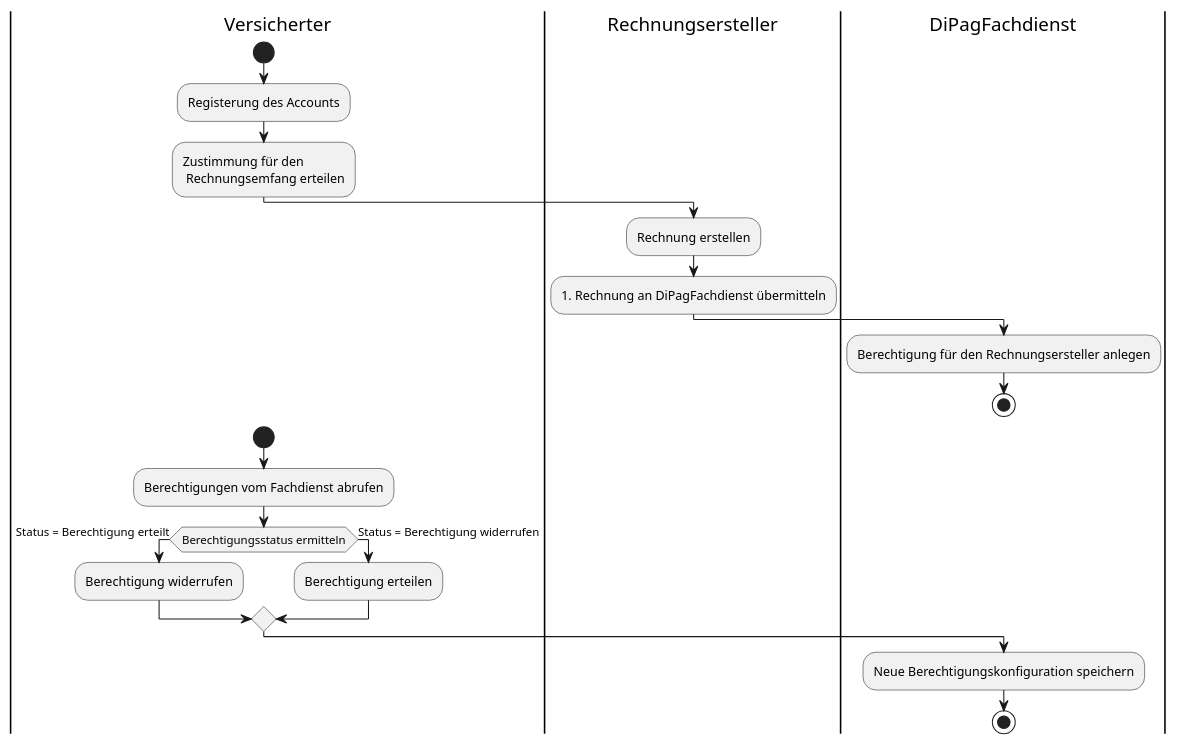
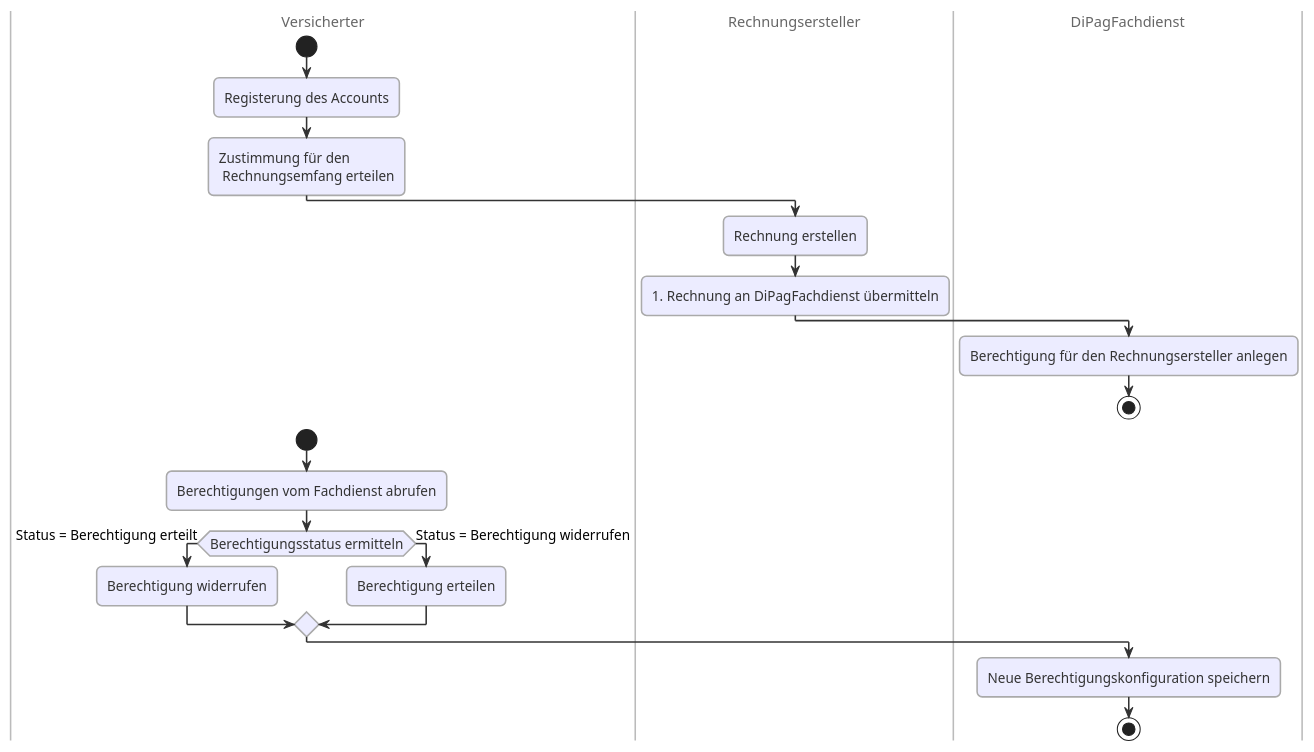
One commit to gematik/ig-dipag changed the diagram in modules/DiPag/image_src/permissions.puml. Above: the diagram before and after it, drawn with PlantUML. The commit also changed 4 other files, not shown here.

Commit message:
docs: replace diagrams with images and enhance Mermaid styling

```diff
--- a/modules/DiPag/image_src/permissions.puml
+++ b/modules/DiPag/image_src/permissions.puml
@@ -2,30 +2,64 @@
 @startuml
+' --- Mermaid-ähnlicher Style ---
+skinparam backgroundColor #FFFFFF
+skinparam shadowing false
+skinparam roundCorner 10
+skinparam defaultFontName "Segoe UI, Trebuchet MS, sans-serif"
+skinparam defaultFontSize 13
+
+skinparam activity {
+  BorderColor #AAAAAA
+  BackgroundColor #ECECFF
+  FontColor #333333
+  BorderThickness 1.5
+  DiamondBorderColor #AAAAAA
+  DiamondBackgroundColor #ECECFF
+  DiamondFontColor #333333
+}
+
+skinparam swimlane {
+  BorderColor #BBBBBB
+  TitleFontColor #666666
+  TitleFontSize 14
+}
+
+skinparam partition {
+  BorderColor #BBBBBB
+  BackgroundColor #F9F9FF
+}
+
+skinparam arrow {
+  Color #333333
+  Thickness 1.5
+}
+' --- Ende Style ---
+
 |Versicherter|
 start
 :Registerung des Accounts;
 :Zustimmung für den
  Rechnungsemfang erteilen;
 
 |Rechnungsersteller|
 :Rechnung erstellen;
 :1. Rechnung an DiPagFachdienst übermitteln;
 
 |DiPagFachdienst|
 :Berechtigung für den Rechnungsersteller anlegen;
 
 stop
 
 |Versicherter|
 start
 :Berechtigungen vom Fachdienst abrufen;
 if (Berechtigungsstatus ermitteln) is (Status = Berechtigung erteilt) then
   :Berechtigung widerrufen;
 
 else (Status = Berechtigung widerrufen)
   :Berechtigung erteilen;
 endif
 
 |DiPagFachdienst|
 :Neue Berechtigungskonfiguration speichern;
 stop
 @enduml
```
